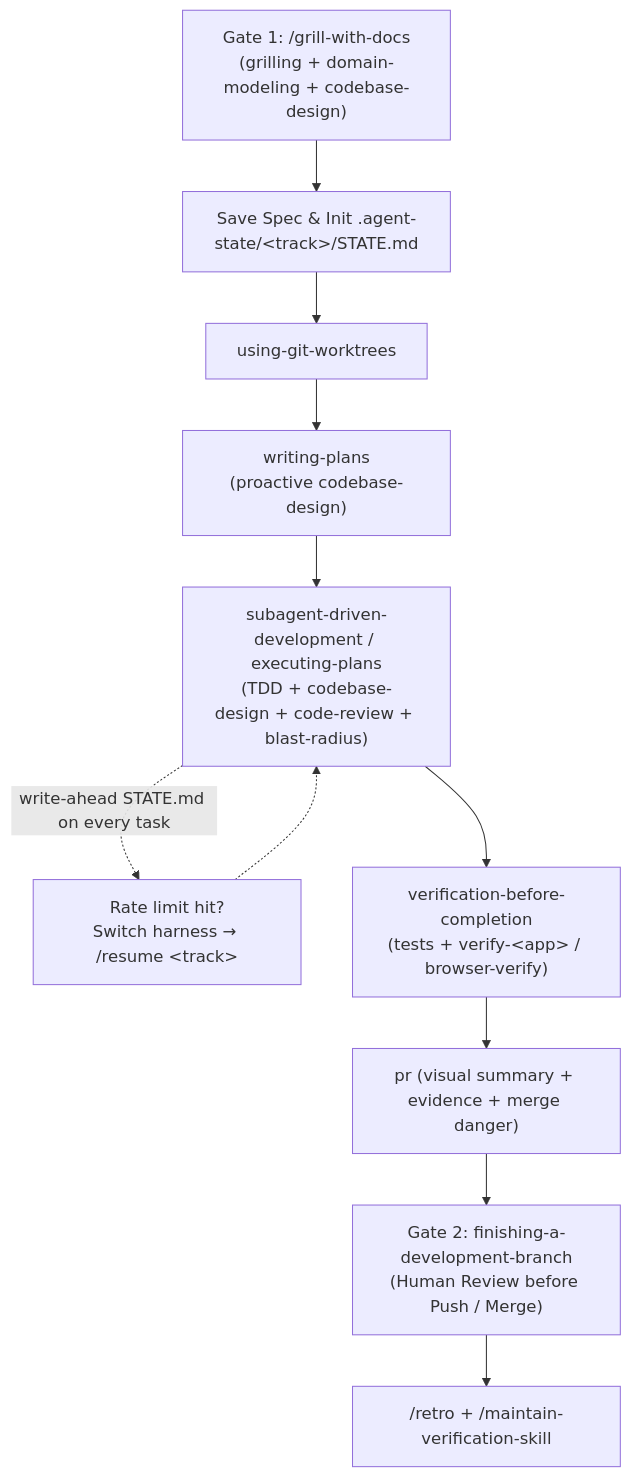
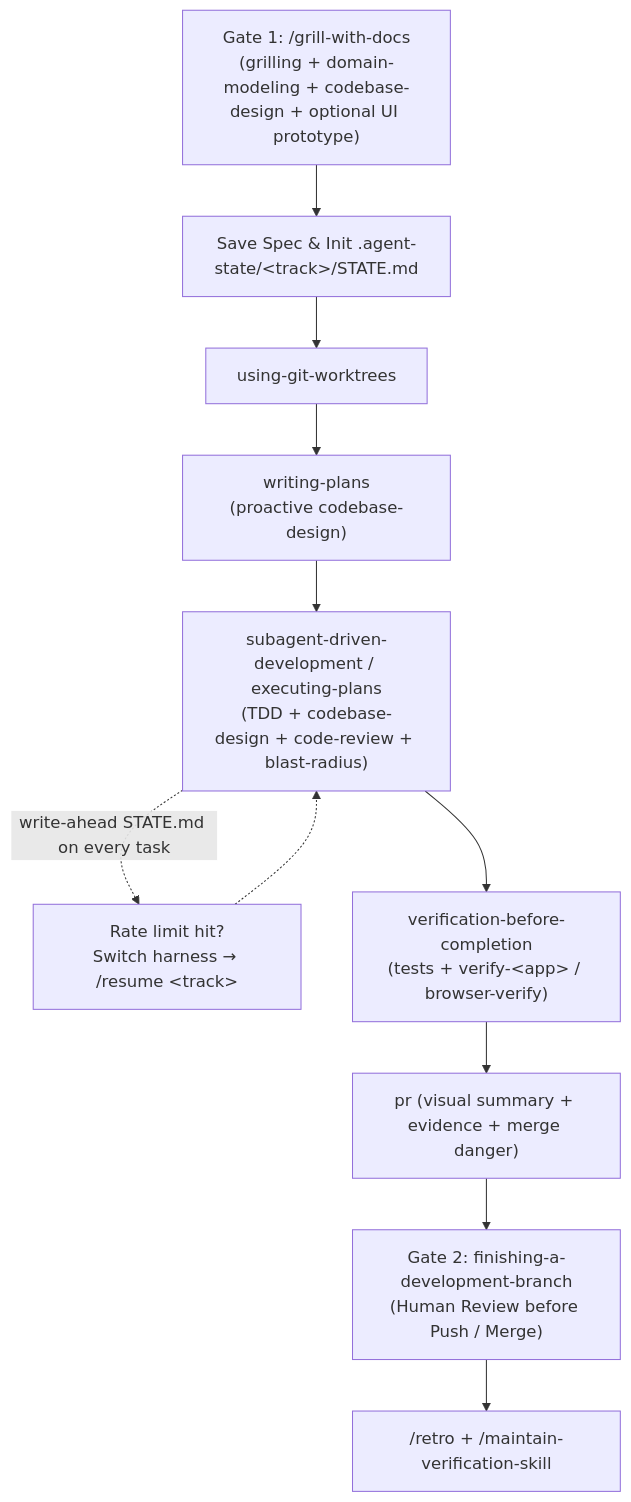
One commit to webstriker-lab/Flow changed the diagram in README.md. Above: the diagram before and after it, drawn with Mermaid. The commit also changed other lines of this file and 8 other files, not shown here.

Commit message:
feat: add UI/logic prototype skill wired into Gate 1 grill-with-docs

````diff
--- a/README.md
+++ b/README.md
@@ -27,13 +27,13 @@
 ```mermaid
 flowchart TD
-    G1["Gate 1: /grill-with-docs<br/>(grilling + domain-modeling + codebase-design)"] --> Spec["Save Spec & Init .agent-state/&lt;track&gt;/STATE.md"]
+    G1["Gate 1: /grill-with-docs<br/>(grilling + domain-modeling + codebase-design + optional UI prototype)"] --> Spec["Save Spec & Init .agent-state/&lt;track&gt;/STATE.md"]
     Spec --> WT["using-git-worktrees"]
     WT --> Plan["writing-plans<br/>(proactive codebase-design)"]
     Plan --> Exec["subagent-driven-development / executing-plans<br/>(TDD + codebase-design + code-review + blast-radius)"]
     Exec -. "write-ahead STATE.md on every task" .-> Resume["Rate limit hit?<br/>Switch harness → /resume &lt;track&gt;"]
     Resume -.-> Exec
     Exec --> Verify["verification-before-completion<br/>(tests + verify-&lt;app&gt; / browser-verify)"]
     Verify --> PR["pr (visual summary + evidence + merge danger)"]
     PR --> G2["Gate 2: finishing-a-development-branch<br/>(Human Review before Push / Merge)"]
     G2 --> Retro["/retro + /maintain-verification-skill"]
 ```
````
